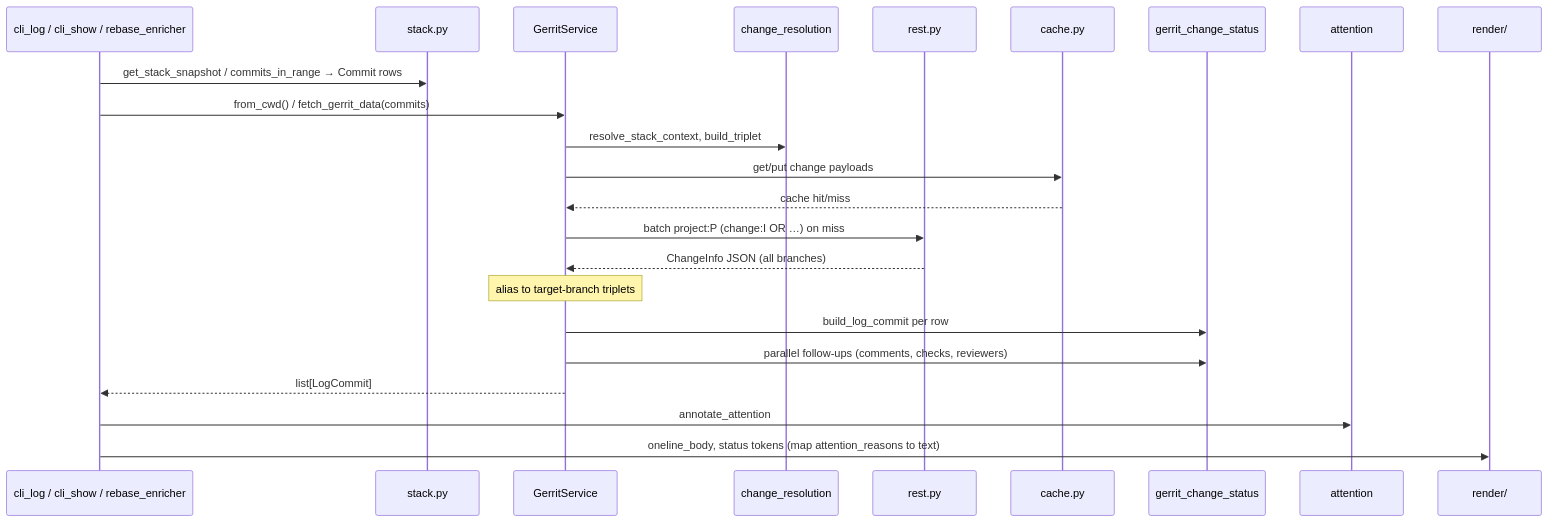
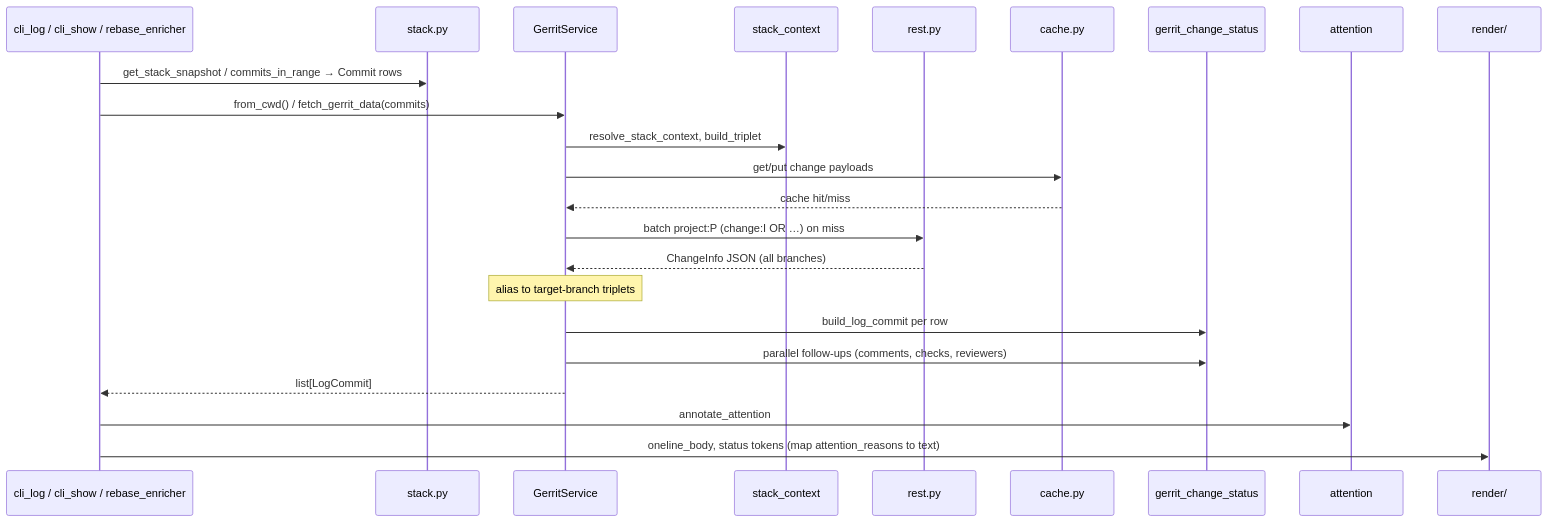
One commit to togrue/gerrit-workflow-tools changed the fifth of 8 diagrams in docu/architecture.md. Above: the diagram before and after it, drawn with Mermaid. The commit also changed other lines of this file and 18 other files, not shown here.

First line of the commit message:
Move stack context out of change_resolution into its own module

````diff
--- a/docu/architecture.md
+++ b/docu/architecture.md
@@ -195,26 +195,26 @@
 ```mermaid
 sequenceDiagram
   participant CLI as cli_log / cli_show / rebase_enricher
   participant Stack as stack.py
   participant Svc as GerritService
-  participant Res as change_resolution
+  participant Res as stack_context
   participant REST as rest.py
   participant Cache as cache.py
   participant Status as gerrit_change_status
   participant Attn as attention
   participant Render as render/
 
   CLI->>Stack: get_stack_snapshot / commits_in_range → Commit rows
   CLI->>Svc: from_cwd() / fetch_gerrit_data(commits)
   Svc->>Res: resolve_stack_context, build_triplet
   Svc->>Cache: get/put change payloads
   Cache-->>Svc: cache hit/miss
   Svc->>REST: batch project:P (change:I OR …) on miss
   REST-->>Svc: ChangeInfo JSON (all branches)
   Note over Svc: alias to target-branch triplets
   Svc->>Status: build_log_commit per row
   Svc->>Status: parallel follow-ups (comments, checks, reviewers)
   Svc-->>CLI: list[LogCommit]
   CLI->>Attn: annotate_attention
   CLI->>Render: oneline_body, status tokens (map attention_reasons to text)
 ```
````
